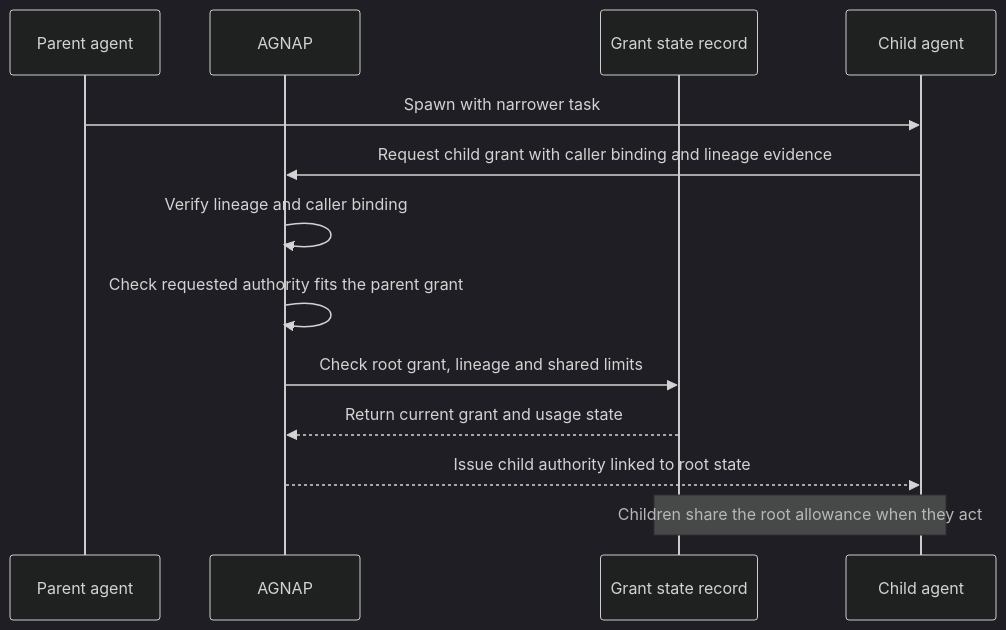
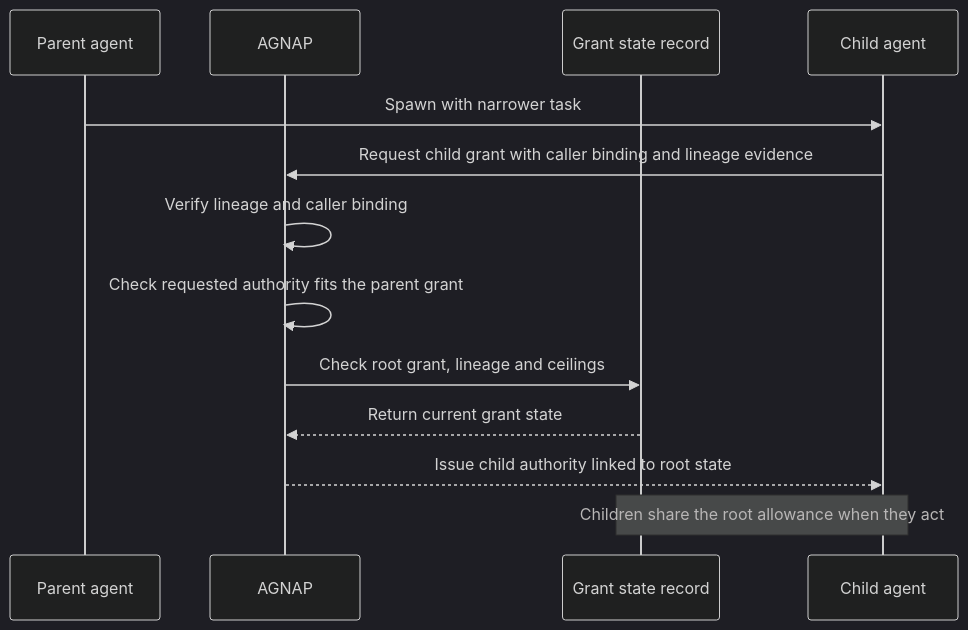
One commit to DaevMithran/agnap changed the second of 2 diagrams in README.md. Above: the diagram before and after it, drawn with Mermaid (dark theme). The commit also changed other lines of this file and 10 other files, not shown here.

Commit message:
feat(specs): call ceilings and root_grant

````diff
--- a/README.md
+++ b/README.md
@@ -167,16 +171,16 @@
 ```mermaid
 sequenceDiagram
     participant Parent as Parent agent
     participant AGNAP
     participant State as Grant state record
     participant Child as Child agent
 
     Parent->>Child: Spawn with narrower task
     Child->>AGNAP: Request child grant with caller binding and lineage evidence
     AGNAP->>AGNAP: Verify lineage and caller binding
     AGNAP->>AGNAP: Check requested authority fits the parent grant
-    AGNAP->>State: Check root grant, lineage and shared limits
-    State-->>AGNAP: Return current grant and usage state
+    AGNAP->>State: Check root grant, lineage and ceilings
+    State-->>AGNAP: Return current grant state
     AGNAP-->>Child: Issue child authority linked to root state
     Note over State,Child: Children share the root allowance when they act
 ```
````
